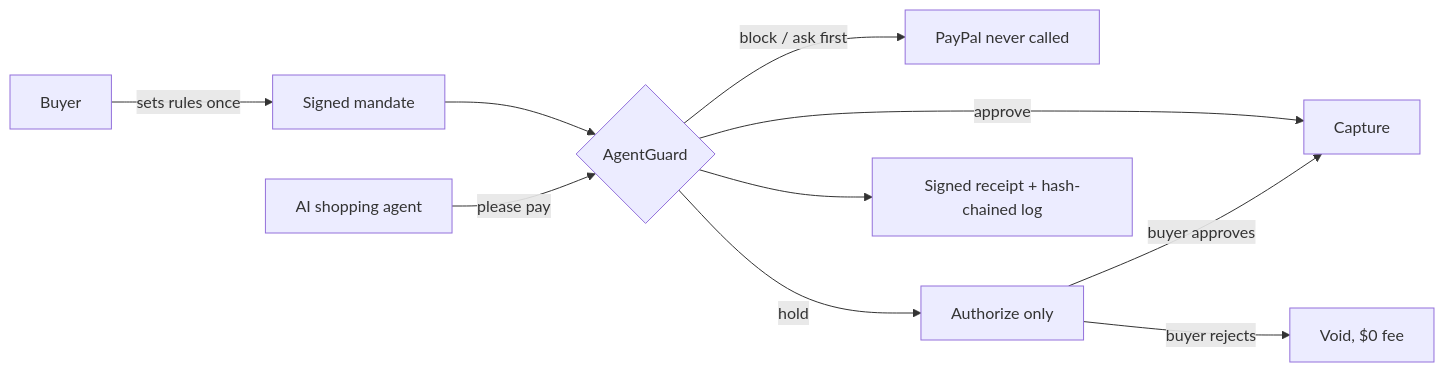
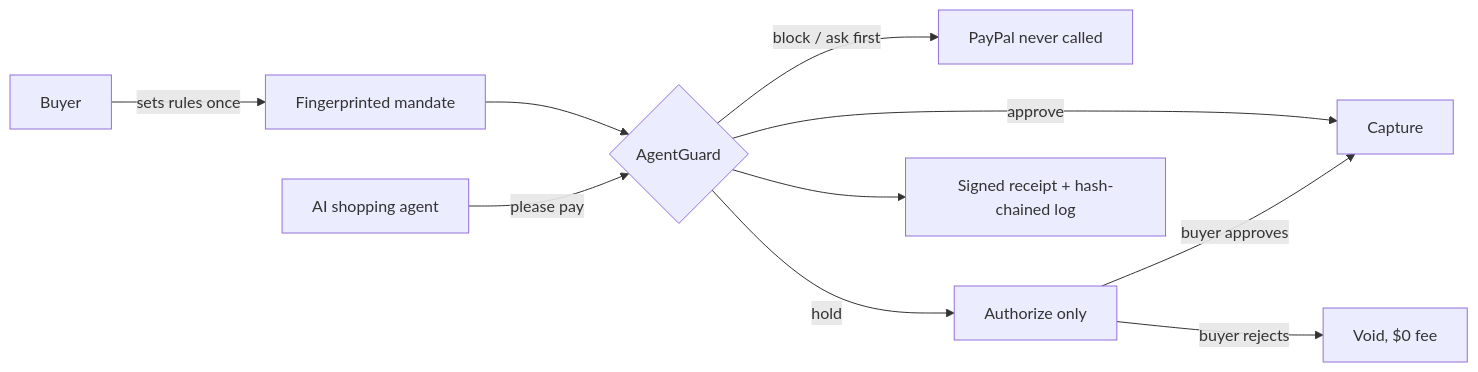
Before and after one commit to aaronmalunga/agentguard: the diagram in README.md, drawn with Mermaid. The commit also changed other lines of this file and 4 other files, not shown here.

````diff
--- a/README.md
+++ b/README.md
@@ -128,11 +128,11 @@
 ```mermaid
 flowchart LR
-  B[Buyer] -- sets rules once --> M[Signed mandate]
+  B[Buyer] -- sets rules once --> M[Fingerprinted mandate]
   A[AI shopping agent] -- "please pay" --> G{AgentGuard}
   M --> G
   G -- block / ask first --> X[PayPal never called]
   G -- hold --> H[Authorize only] -- buyer approves --> C[Capture]
   H -- buyer rejects --> V[Void, $0 fee]
   G -- approve --> C
   G --> R[Signed receipt + hash-chained log]
 ```
````
